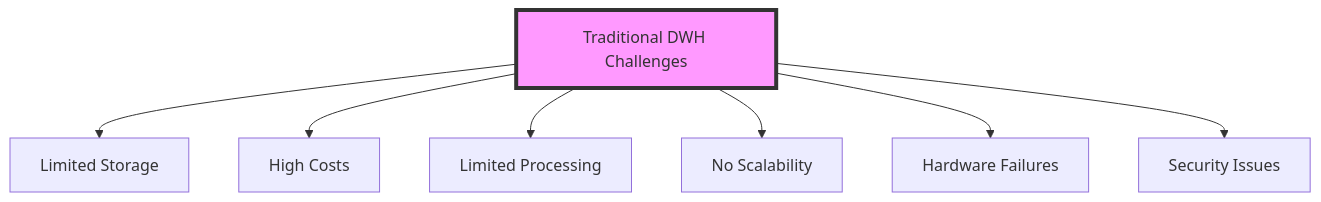
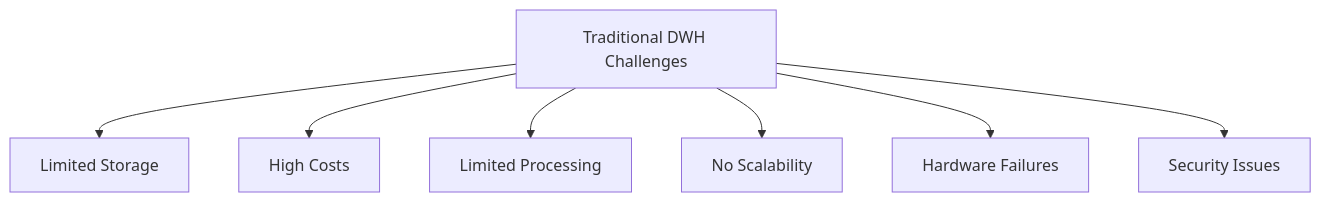
Before and after one commit to Rohanarekatla/Snowflake-Dbt-course: the first of 10 diagrams in Day2-15-06-25.md, drawn with Mermaid. The commit also changed other lines of this file, not shown here.

````diff
--- a/Day2-15-06-25.md
+++ b/Day2-15-06-25.md
@@ -204,10 +30,9 @@
 ```mermaid
 graph TD
     A[Traditional DWH Challenges] --> B[Limited Storage]
     A --> C[High Costs]
     A --> D[Limited Processing]
     A --> E[No Scalability]
     A --> F[Hardware Failures]
     A --> G[Security Issues]
-    style A fill:#f9f,stroke:#333,stroke-width:4px
 ```
````
